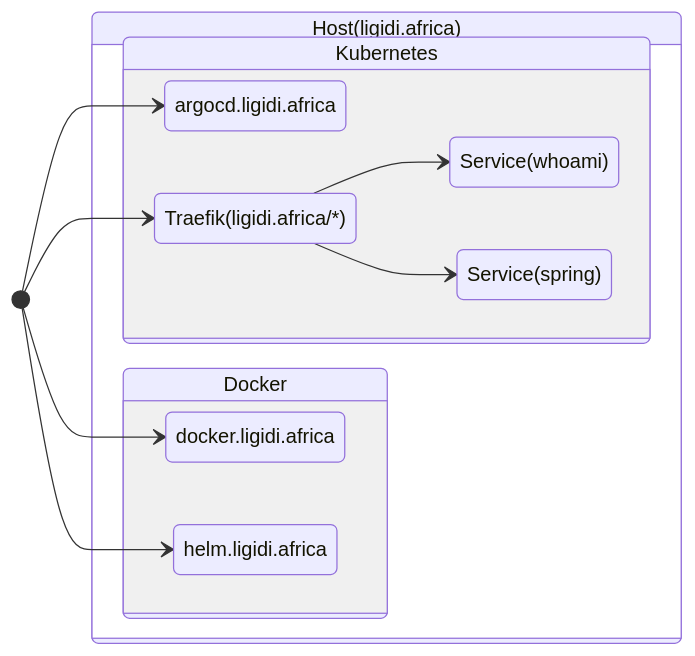
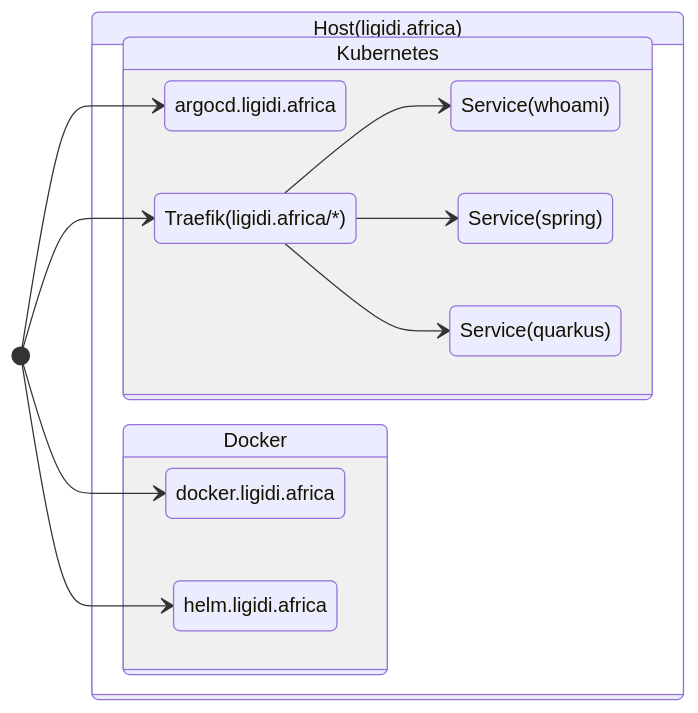
The third of 3 diagrams in README.md (jwausle/gitops.argocd.treboul), drawn with Mermaid before and after one commit. The commit also changed other lines of this file and 1 other file, not shown here.

````diff
--- a/README.md
+++ b/README.md
@@ -91,22 +95,23 @@
 ```mermaid
 stateDiagram
     direction LR
     [*] --> argocd.ligidi.africa
     [*] --> docker.ligidi.africa
     [*] --> helm.ligidi.africa
     [*] --> Traefik(ligidi.africa/*)
     state Host(ligidi.africa) {
         direction LR
         state Docker {
             helm.ligidi.africa
             docker.ligidi.africa
         }
         state Kubernetes {
             direction LR
             Traefik(ligidi.africa/*) --> Service(whoami)
             Traefik(ligidi.africa/*) --> Service(spring)
+            Traefik(ligidi.africa/*) --> Service(quarkus)
             argocd.ligidi.africa
         }    
     }
     
 ```
````
